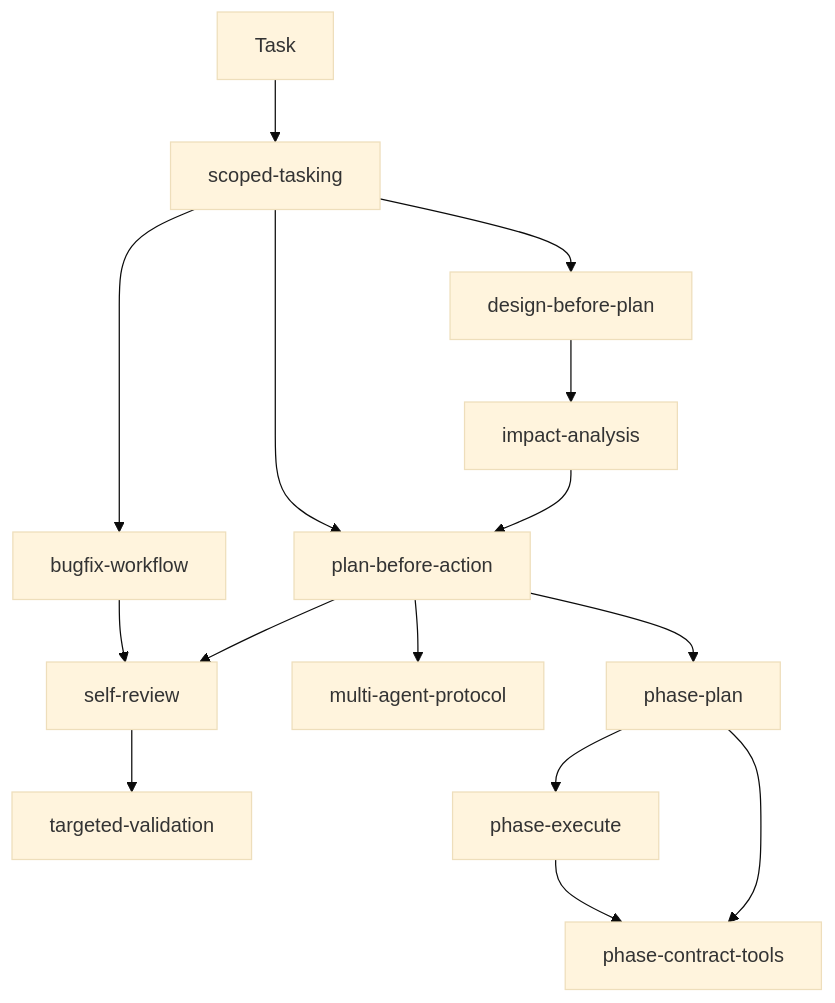
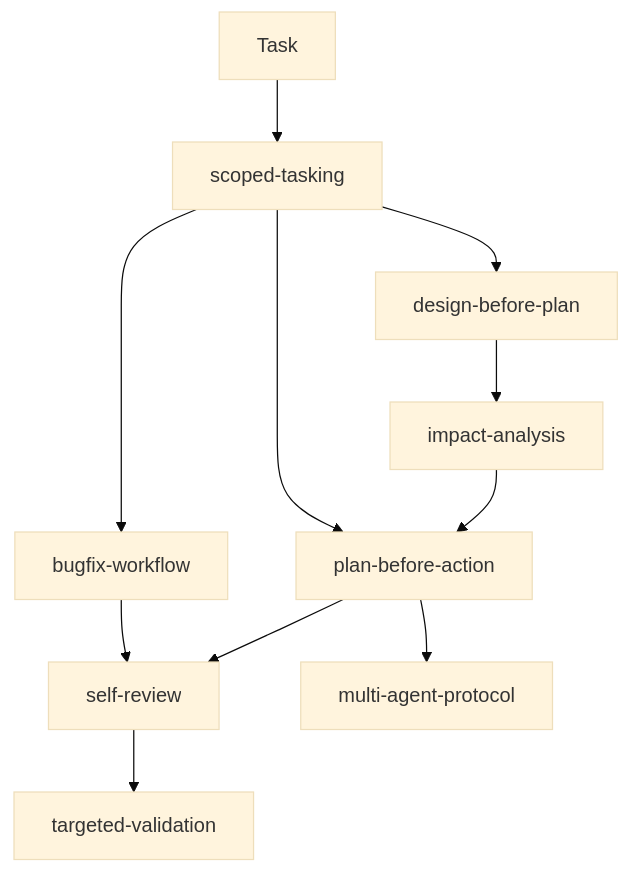
One commit to nickdu2009/agent-skills changed the diagram in README.md. Above: the diagram before and after it, drawn with Mermaid (base theme). The commit also changed other lines of this file and 73 other files, not shown here.

First line of the commit message:
chore(skills): retire phase skill family (phase-plan/execute/contract-tools)

````diff
--- a/README.md
+++ b/README.md
@@ -7,17 +7,13 @@
 ```mermaid
 flowchart TD
     T[Task] --> S[scoped-tasking]
     S --> B[bugfix-workflow]
     S --> P[plan-before-action]
     S --> D[design-before-plan]
     D --> IA[impact-analysis]
     IA --> P
     P --> SR[self-review]
     B --> SR
     SR --> V[targeted-validation]
     P --> O[multi-agent-protocol]
-    P --> PP[phase-plan]
-    PP --> PE[phase-execute]
-    PP --> PCT[phase-contract-tools]
-    PE --> PCT
 ```
````
